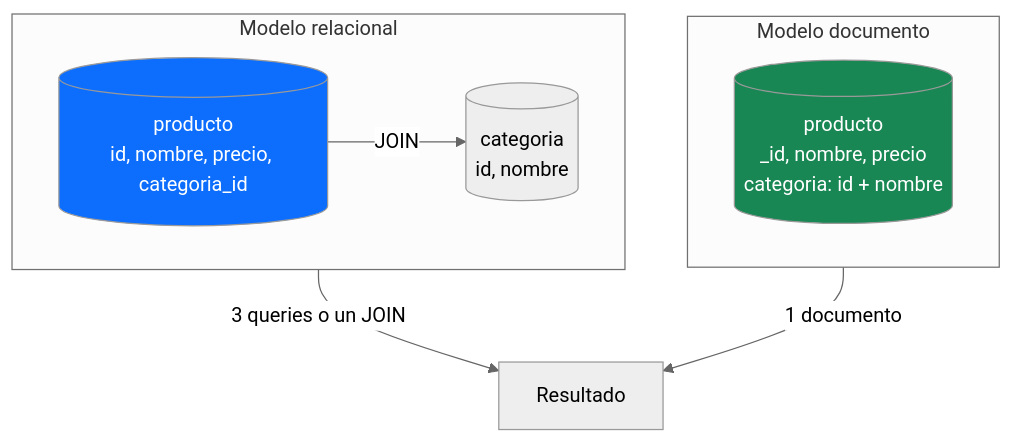
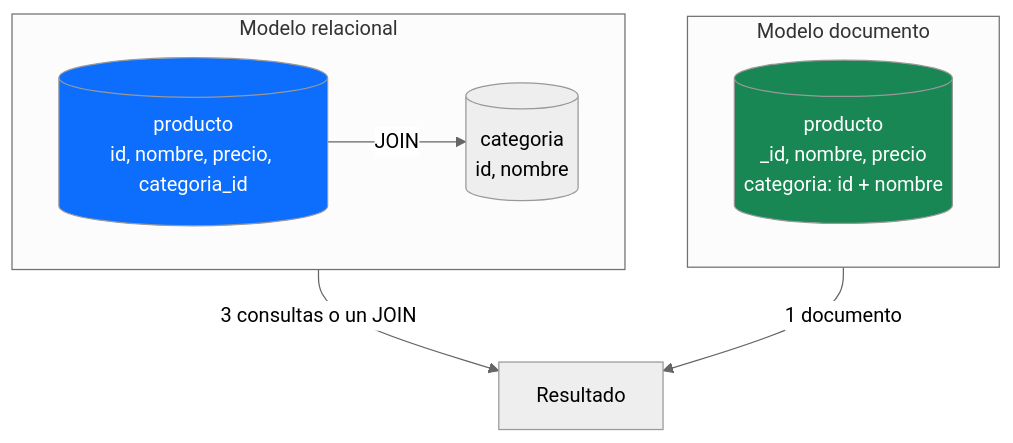
One commit to joseluisgs/joseluisgs changed the first of 3 diagrams in web/src/posts/2026/2026-10-28-mongodb-sin-esquema-fijo.md. Above: the diagram before and after it, drawn with Mermaid (neutral theme). The commit also changed other lines of this file, not shown here.

Commit message:
Actualizar post MongoDB: pasada de estilo y castellano, tabla de traduccion SQL a NoSQL, ejemplo de venta con E/R y seccion de Change Streams

````diff
--- a/web/src/posts/2026/2026-10-28-mongodb-sin-esquema-fijo.md
+++ b/web/src/posts/2026/2026-10-28-mongodb-sin-esquema-fijo.md
@@ -107,15 +99,15 @@
 ```mermaid
 flowchart TD
     subgraph SQL["Modelo relacional"]
         T1[(producto<br/>id, nombre, precio, categoria_id)]
         T2[(categoria<br/>id, nombre)]
         T1 -->|JOIN| T2
     end
     subgraph DOC["Modelo documento"]
         D[(producto<br/>_id, nombre, precio<br/>categoria: id + nombre)]
     end
-    SQL -->|3 queries o un JOIN| R[Resultado]
+    SQL -->|3 consultas o un JOIN| R[Resultado]
     DOC -->|1 documento| R
     style T1 fill:#0d6efd,color:#fff
     style D fill:#198754,color:#fff
 ```
````
